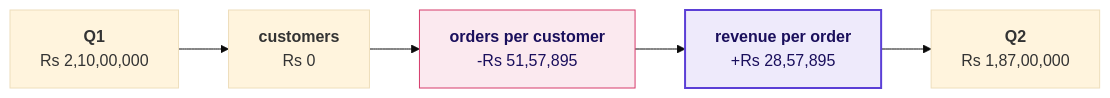
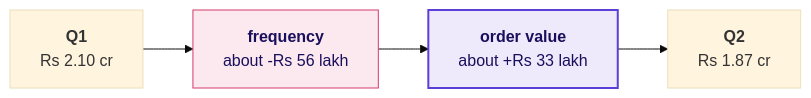
One commit to fde-academy-lab/c2-content-factory changed the eighth of 13 diagrams in content/W01/D2/slides/C2_W01_D02_half1_STUDENT.md. Above: the diagram before and after it, drawn with Mermaid (base theme). The commit also changed other lines of this file and 3 other files, not shown here.

````diff
--- a/content/W01/D2/slides/C2_W01_D02_half1_STUDENT.md
+++ b/content/W01/D2/slides/C2_W01_D02_half1_STUDENT.md
@@ -568,11 +489,8 @@
 ```mermaid
 flowchart LR
-    A["<b>Q1</b><br/>Rs 2,10,00,000"] --> B["<b>customers</b><br/>Rs 0"]
-    B --> C["<b>orders per customer</b><br/>-Rs 51,57,895"]
-    C --> D["<b>revenue per order</b><br/>+Rs 28,57,895"]
-    D --> E["<b>Q2</b><br/>Rs 1,87,00,000"]
+    A["<b>Q1</b><br/>Rs 2.10 cr"] --> B["<b>frequency</b><br/>about -Rs 56 lakh"] --> C["<b>order value</b><br/>about +Rs 33 lakh"] --> D["<b>Q2</b><br/>Rs 1.87 cr"]
     classDef bad fill:#FBE9EF,stroke:#D63A6A,color:#1A0F5C
     classDef known fill:#EEEAFB,stroke:#5B3FD6,color:#1A0F5C,stroke-width:2px
-    class C bad
-    class D known
+    class B bad
+    class C known
 ```
````
